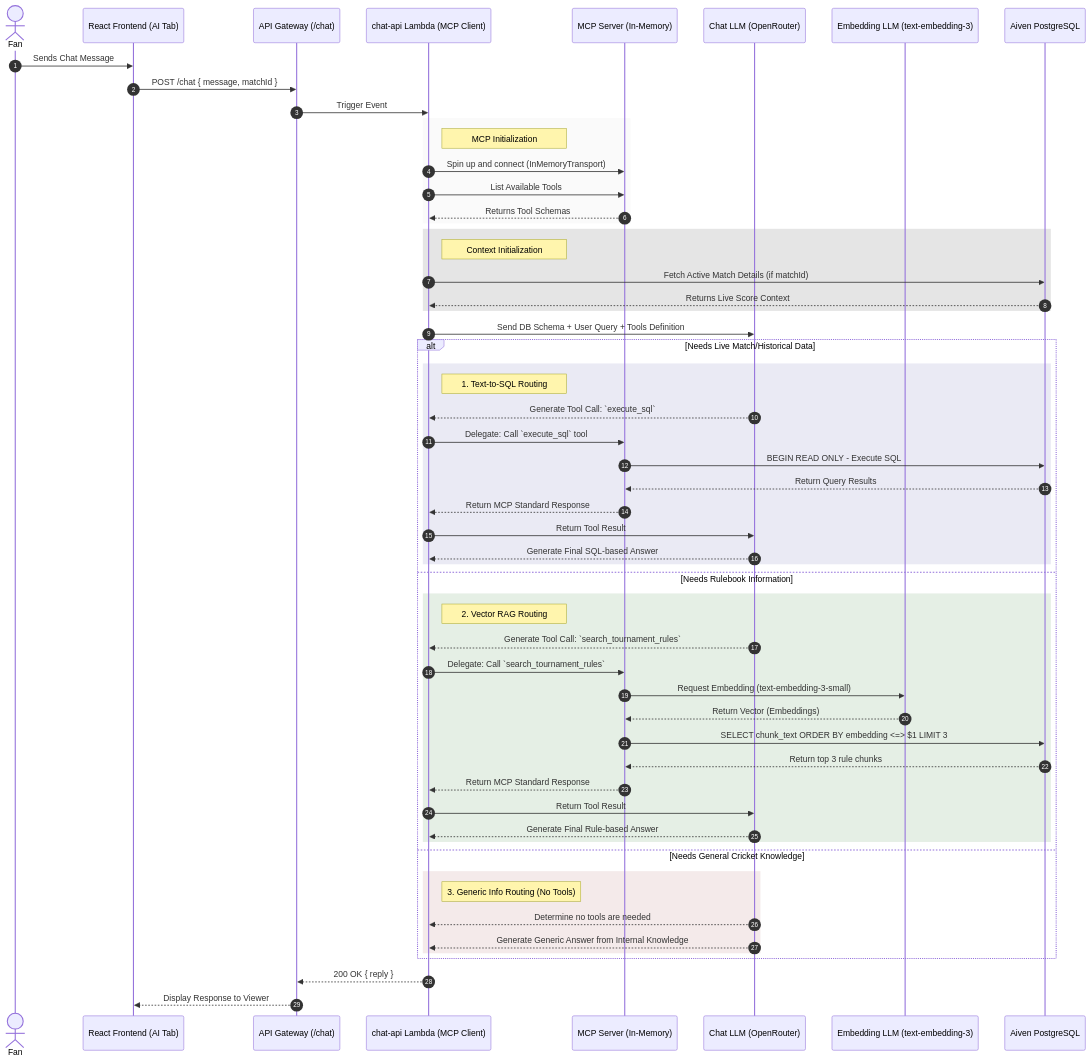
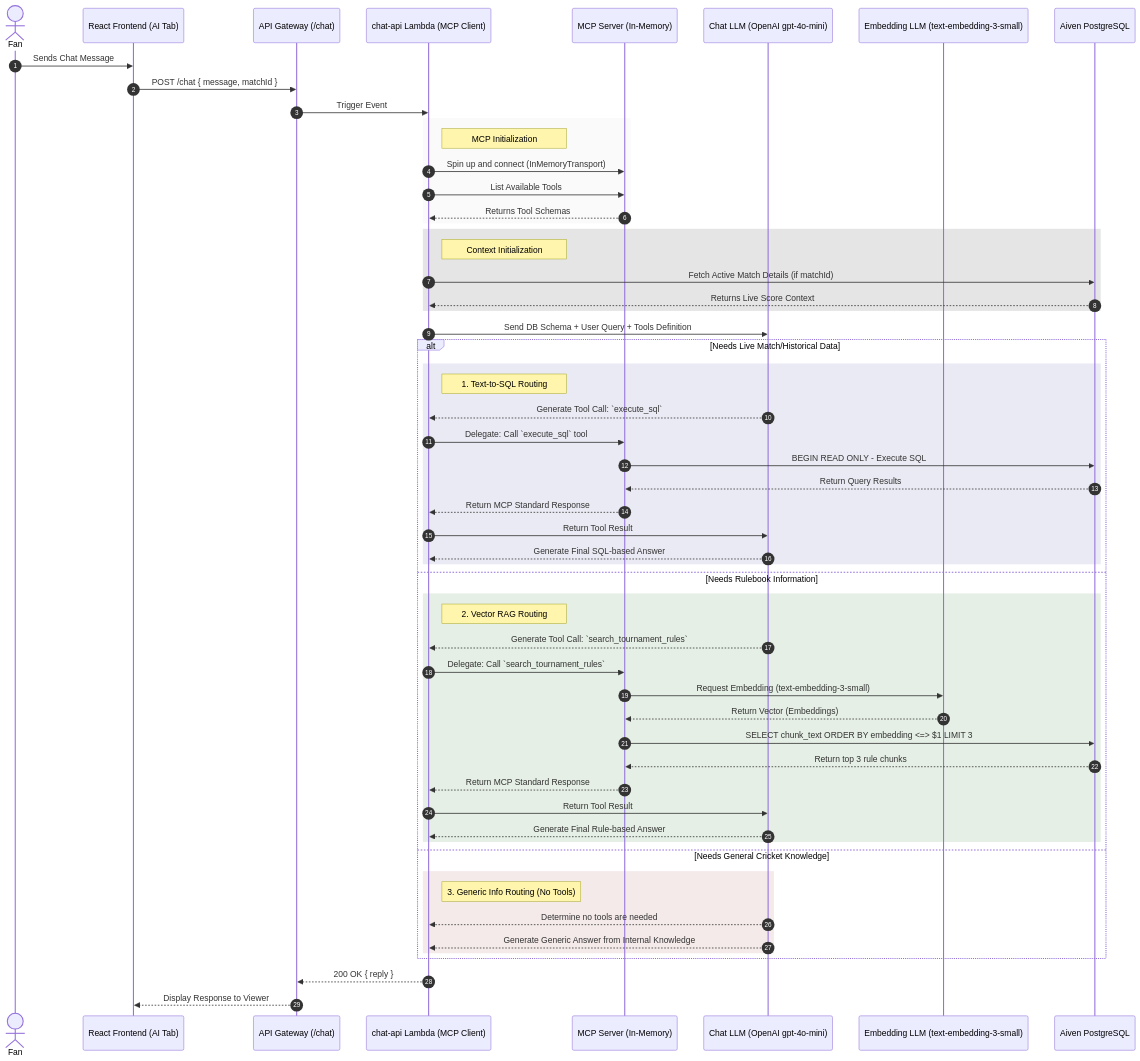
The first of 2 diagrams in docs/ai_architecture.md (venkatesh-singamsetty/cricscore), drawn with Mermaid before and after one commit. The commit also changed other lines of this file and 32 other files, not shown here.

````diff
--- a/docs/ai_architecture.md
+++ b/docs/ai_architecture.md
@@ -14,66 +14,66 @@
 ```mermaid
 sequenceDiagram
     autonumber
     actor Viewer as Fan
     participant App as React Frontend (AI Tab)
     participant APIGW as API Gateway (/chat)
     participant ChatAPI as chat-api Lambda (MCP Client)
     participant MCPServer as MCP Server (In-Memory)
-    participant LLM as Chat LLM (OpenRouter)
-    participant EmbedLLM as Embedding LLM (text-embedding-3)
+    participant LLM as Chat LLM (OpenAI gpt-4o-mini)
+    participant EmbedLLM as Embedding LLM (text-embedding-3-small)
     participant Aiven_PG as Aiven PostgreSQL
 
     Viewer->>App: Sends Chat Message
     App->>APIGW: POST /chat { message, matchId }
     APIGW->>ChatAPI: Trigger Event
 
     rect rgb(200, 200, 200, 0.1)
         Note right of ChatAPI: MCP Initialization
         ChatAPI->>MCPServer: Spin up and connect (InMemoryTransport)
         ChatAPI->>MCPServer: List Available Tools
         MCPServer-->>ChatAPI: Returns Tool Schemas
     end
 
     rect rgb(0, 0, 0, 0.1)
         Note right of ChatAPI: Context Initialization
         ChatAPI->>Aiven_PG: Fetch Active Match Details (if matchId)
         Aiven_PG-->>ChatAPI: Returns Live Score Context
     end
 
     ChatAPI->>LLM: Send DB Schema + User Query + Tools Definition
 
     alt Needs Live Match/Historical Data
         rect rgb(50, 50, 150, 0.1)
             Note right of ChatAPI: 1. Text-to-SQL Routing
             LLM-->>ChatAPI: Generate Tool Call: `execute_sql`
             ChatAPI->>MCPServer: Delegate: Call `execute_sql` tool
             MCPServer->>Aiven_PG: BEGIN READ ONLY - Execute SQL
             Aiven_PG-->>MCPServer: Return Query Results
             MCPServer-->>ChatAPI: Return MCP Standard Response
             ChatAPI->>LLM: Return Tool Result
             LLM-->>ChatAPI: Generate Final SQL-based Answer
         end
     else Needs Rulebook Information
         rect rgb(0, 100, 0, 0.1)
             Note right of ChatAPI: 2. Vector RAG Routing
             LLM-->>ChatAPI: Generate Tool Call: `search_tournament_rules`
             ChatAPI->>MCPServer: Delegate: Call `search_tournament_rules`
             MCPServer->>EmbedLLM: Request Embedding (text-embedding-3-small)
             EmbedLLM-->>MCPServer: Return Vector (Embeddings)
             MCPServer->>Aiven_PG: SELECT chunk_text ORDER BY embedding <=> $1 LIMIT 3
             Aiven_PG-->>MCPServer: Return top 3 rule chunks
             MCPServer-->>ChatAPI: Return MCP Standard Response
             ChatAPI->>LLM: Return Tool Result
             LLM-->>ChatAPI: Generate Final Rule-based Answer
         end
     else Needs General Cricket Knowledge
         rect rgb(150, 50, 50, 0.1)
             Note right of ChatAPI: 3. Generic Info Routing (No Tools)
             LLM-->>ChatAPI: Determine no tools are needed
             LLM-->>ChatAPI: Generate Generic Answer from Internal Knowledge
         end
     end
 
     ChatAPI-->>APIGW: 200 OK { reply }
     APIGW-->>App: Display Response to Viewer
 ```
````
